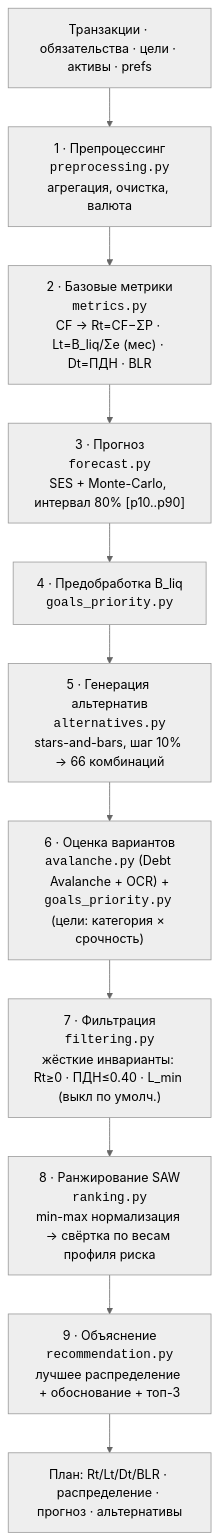
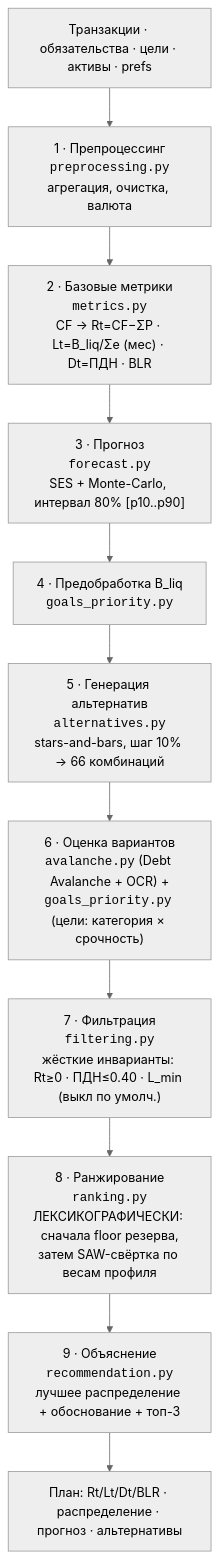
The third of 10 diagrams in docs/diagrams.md (vevdokimovm/personal-finance-dss), drawn with Mermaid (neutral theme) before and after one commit. The commit also changed other lines of this file and 534 other files, not shown here.

````diff
--- a/docs/diagrams.md
+++ b/docs/diagrams.md
@@ -323,17 +323,17 @@
 ```mermaid
 flowchart TD
     In["Транзакции · обязательства · цели · активы · prefs"]
 
     S1["1 · Препроцессинг<br/><code>preprocessing.py</code><br/>агрегация, очистка, валюта"]
     S2["2 · Базовые метрики<br/><code>metrics.py</code><br/>CF → Rt=CF−ΣP · Lt=B_liq/Σe (мес) · Dt=ПДН · BLR"]
     S3["3 · Прогноз<br/><code>forecast.py</code><br/>SES + Monte-Carlo, интервал 80% [p10..p90]"]
     S4["4 · Предобработка B_liq<br/><code>goals_priority.py</code>"]
     S5["5 · Генерация альтернатив<br/><code>alternatives.py</code><br/>stars-and-bars, шаг 10% → 66 комбинаций"]
     S6["6 · Оценка вариантов<br/><code>avalanche.py</code> (Debt Avalanche + OCR) +<br/><code>goals_priority.py</code> (цели: категория × срочность)"]
     S7["7 · Фильтрация<br/><code>filtering.py</code><br/>жёсткие инварианты: Rt≥0 · ПДН≤0.40 · L_min (выкл по умолч.)"]
-    S8["8 · Ранжирование SAW<br/><code>ranking.py</code><br/>min-max нормализация → свёртка по весам профиля риска"]
+    S8["8 · Ранжирование<br/><code>ranking.py</code><br/>ЛЕКСИКОГРАФИЧЕСКИ: сначала floor резерва,<br/>затем SAW-свёртка по весам профиля"]
     S9["9 · Объяснение<br/><code>recommendation.py</code><br/>лучшее распределение + обоснование + топ-3"]
     Out["План: Rt/Lt/Dt/BLR · распределение · прогноз · альтернативы"]
 
     In --> S1 --> S2 --> S3 --> S4 --> S5 --> S6 --> S7 --> S8 --> S9 --> Out
 ```
````
